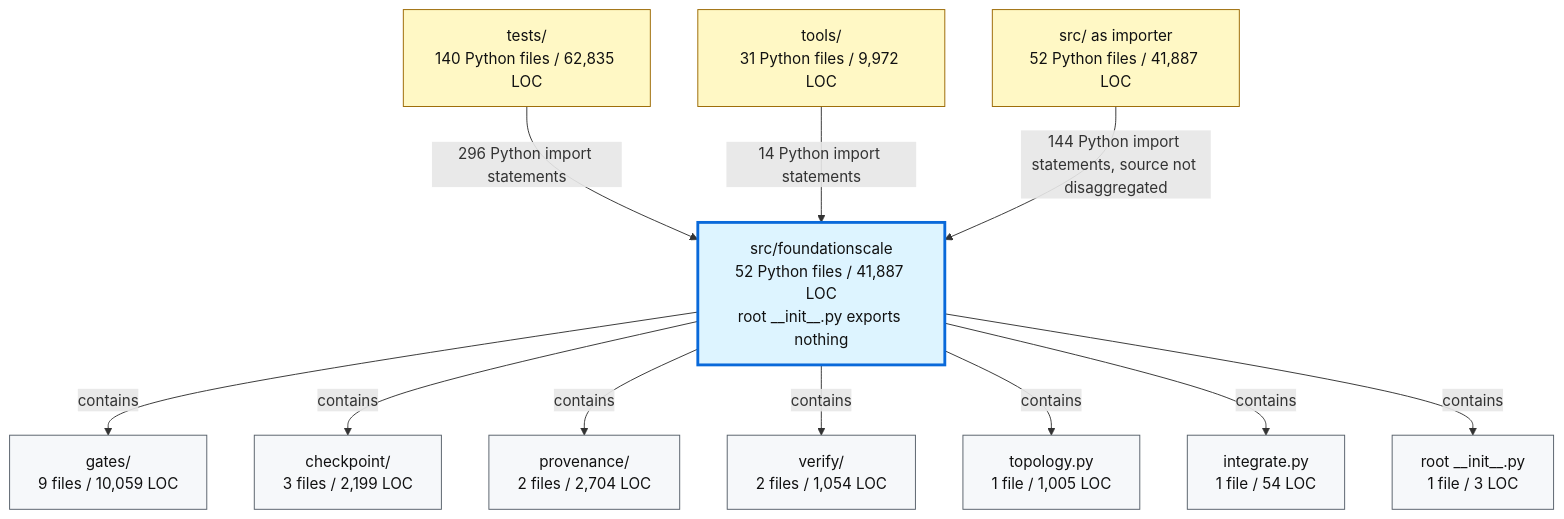
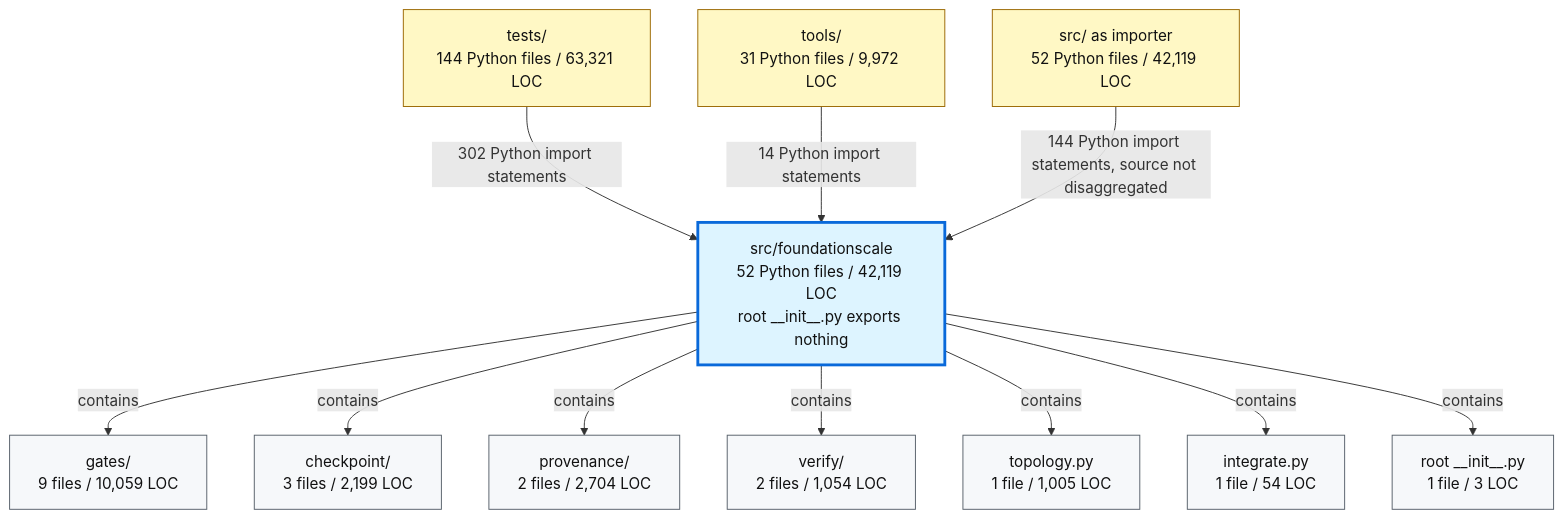
Before and after one commit to TranNhiem/FoundationScale: the second of 2 diagrams in docs/review/D2_current_architecture.md, drawn with Mermaid. The commit also changed other lines of this file and 19 other files, not shown here.

````diff
--- a/docs/review/D2_current_architecture.md
+++ b/docs/review/D2_current_architecture.md
@@ -97,36 +97,36 @@
 ```mermaid
 flowchart TB
-  TESTS["tests/<br/>140 Python files / 62,835 LOC"]
+  TESTS["tests/<br/>144 Python files / 63,321 LOC"]
   TOOLS["tools/<br/>31 Python files / 9,972 LOC"]
-  SRC["src/ as importer<br/>52 Python files / 41,887 LOC"]
+  SRC["src/ as importer<br/>52 Python files / 42,119 LOC"]
 
-  FS["src/foundationscale<br/>52 Python files / 41,887 LOC<br/>root __init__.py exports nothing"]
+  FS["src/foundationscale<br/>52 Python files / 42,119 LOC<br/>root __init__.py exports nothing"]
 
   GATES["gates/<br/>9 files / 10,059 LOC"]
   CKPT["checkpoint/<br/>3 files / 2,199 LOC"]
   PROV["provenance/<br/>2 files / 2,704 LOC"]
   VERIFY["verify/<br/>2 files / 1,054 LOC"]
   TOPO["topology.py<br/>1 file / 1,005 LOC"]
   INTEG["integrate.py<br/>1 file / 54 LOC"]
   ROOT["root __init__.py<br/>1 file / 3 LOC"]
 
-  TESTS -->|"296 Python import statements"| FS
+  TESTS -->|"302 Python import statements"| FS
   TOOLS -->|"14 Python import statements"| FS
   SRC -->|"144 Python import statements, source not disaggregated"| FS
 
   FS -->|"contains"| GATES
   FS -->|"contains"| CKPT
   FS -->|"contains"| PROV
   FS -->|"contains"| VERIFY
   FS -->|"contains"| TOPO
   FS -->|"contains"| INTEG
   FS -->|"contains"| ROOT
 
   classDef consumer fill:#fff8c5,stroke:#9a6700,color:#111;
   classDef package fill:#ddf4ff,stroke:#0969da,stroke-width:3px,color:#111;
   classDef module fill:#f6f8fa,stroke:#57606a,color:#111;
 
   class TESTS,TOOLS,SRC consumer;
   class FS package;
   class GATES,CKPT,PROV,VERIFY,TOPO,INTEG,ROOT module;
 ```
````
